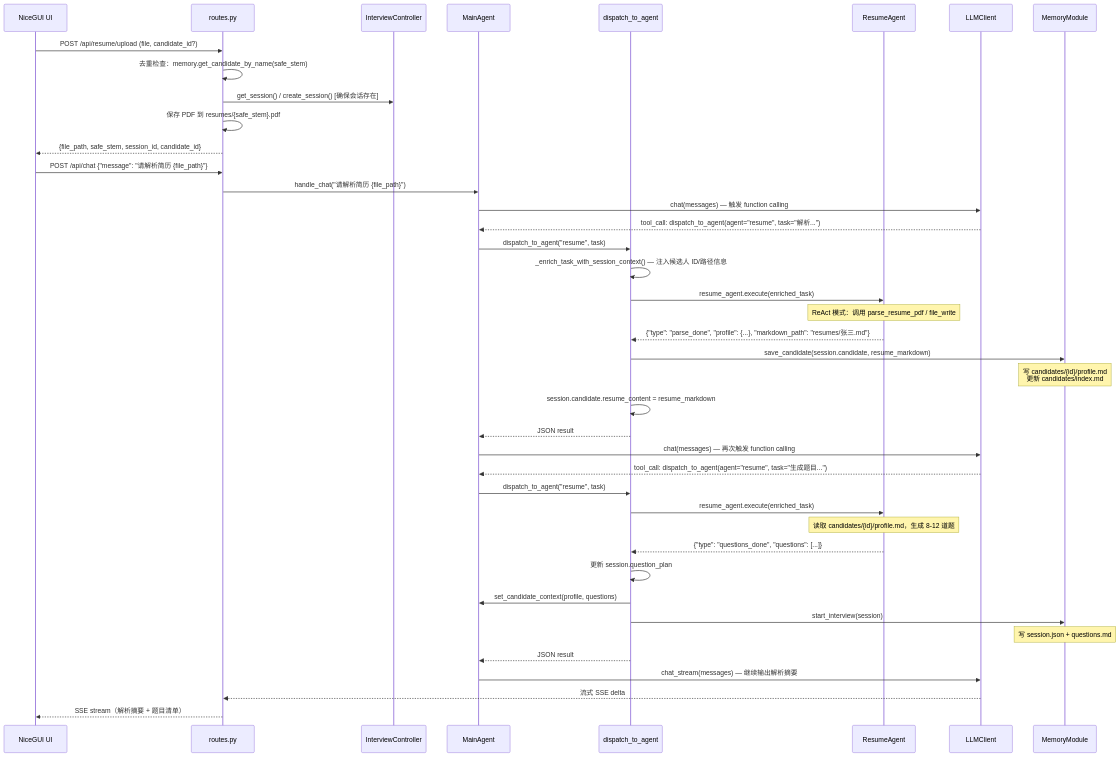
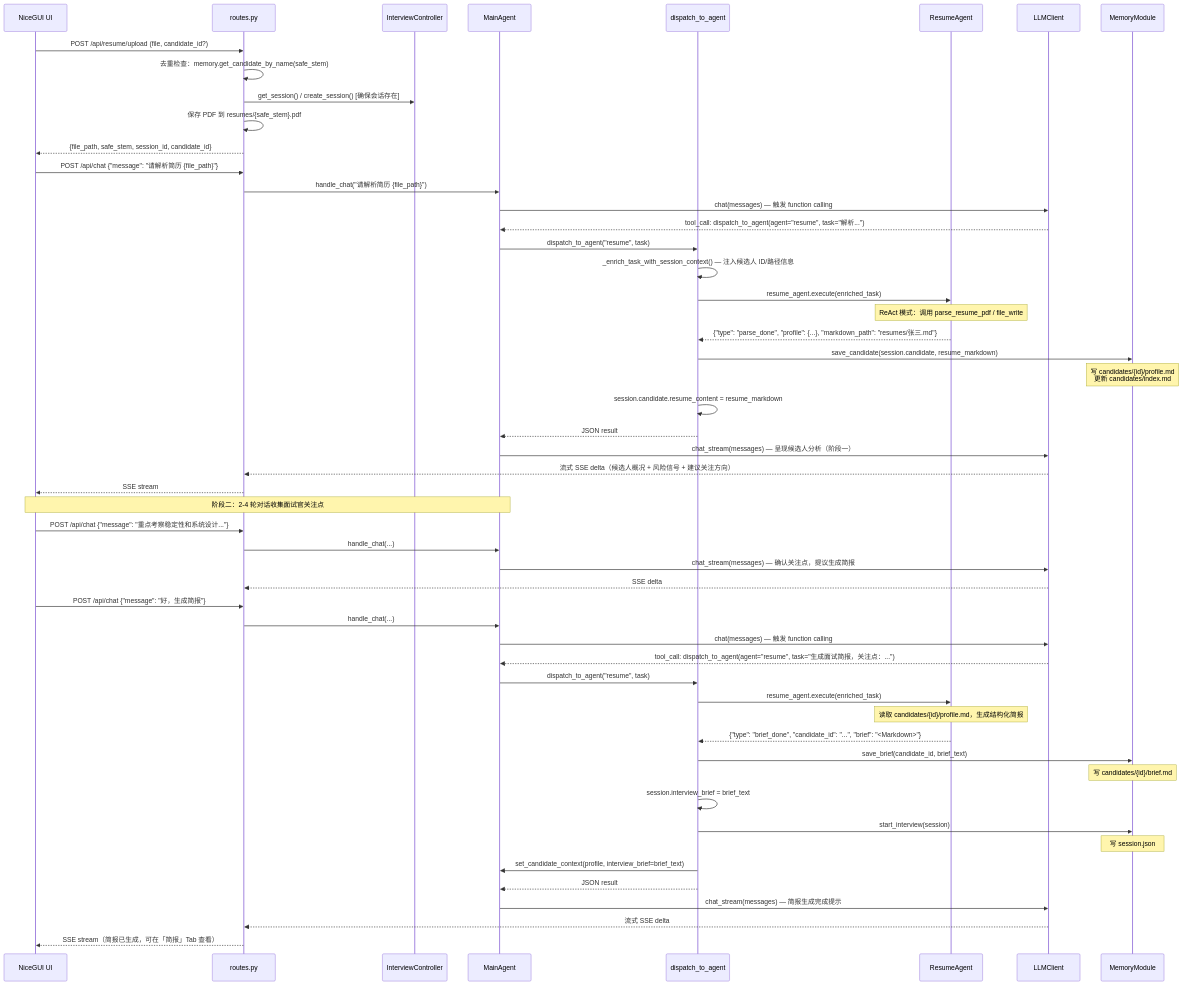
Before and after one commit to dygcjlu/interviewer-assistant: the first of 5 diagrams in docs/arc/flows.md, drawn with Mermaid. The commit also changed other lines of this file and 41 other files, not shown here.

First line of the commit message:
﻿feat(interview-brief): 用面试简报替换结构化题目清单

````diff
--- a/docs/arc/flows.md
+++ b/docs/arc/flows.md
@@ -11,47 +11,61 @@
 ```mermaid
 sequenceDiagram
     participant UI as NiceGUI UI
     participant REST as routes.py
     participant IC as InterviewController
     participant MA as MainAgent
     participant DA as dispatch_to_agent
     participant RA as ResumeAgent
     participant LLM as LLMClient
     participant MM as MemoryModule
 
     UI->>REST: POST /api/resume/upload (file, candidate_id?)
     REST->>REST: 去重检查：memory.get_candidate_by_name(safe_stem)
     REST->>IC: get_session() / create_session() [确保会话存在]
     REST->>REST: 保存 PDF 到 resumes/{safe_stem}.pdf
     REST-->>UI: {file_path, safe_stem, session_id, candidate_id}
 
     UI->>REST: POST /api/chat {"message": "请解析简历 {file_path}"}
     REST->>MA: handle_chat("请解析简历 {file_path}")
     MA->>LLM: chat(messages) — 触发 function calling
     LLM-->>MA: tool_call: dispatch_to_agent(agent="resume", task="解析...")
     MA->>DA: dispatch_to_agent("resume", task)
     DA->>DA: _enrich_task_with_session_context() — 注入候选人 ID/路径信息
     DA->>RA: resume_agent.execute(enriched_task)
     Note over RA: ReAct 模式：调用 parse_resume_pdf / file_write
     RA-->>DA: {"type": "parse_done", "profile": {...}, "markdown_path": "resumes/张三.md"}
     DA->>MM: save_candidate(session.candidate, resume_markdown)
     Note over MM: 写 candidates/{id}/profile.md<br/>更新 candidates/index.md
     DA->>DA: session.candidate.resume_content = resume_markdown
     DA-->>MA: JSON result
 
-    MA->>LLM: chat(messages) — 再次触发 function calling
-    LLM-->>MA: tool_call: dispatch_to_agent(agent="resume", task="生成题目...")
+    MA->>LLM: chat_stream(messages) — 呈现候选人分析（阶段一）
+    LLM-->>REST: 流式 SSE delta（候选人概况 + 风险信号 + 建议关注方向）
+    REST-->>UI: SSE stream
+
+    Note over MA,UI: 阶段二：2-4 轮对话收集面试官关注点
+    UI->>REST: POST /api/chat {"message": "重点考察稳定性和系统设计..."}
+    REST->>MA: handle_chat(...)
+    MA->>LLM: chat_stream(messages) — 确认关注点，提议生成简报
+    LLM-->>REST: SSE delta
+
+    UI->>REST: POST /api/chat {"message": "好，生成简报"}
+    REST->>MA: handle_chat(...)
+    MA->>LLM: chat(messages) — 触发 function calling
+    LLM-->>MA: tool_call: dispatch_to_agent(agent="resume", task="生成面试简报，关注点：...")
     MA->>DA: dispatch_to_agent("resume", task)
     DA->>RA: resume_agent.execute(enriched_task)
-    Note over RA: 读取 candidates/{id}/profile.md，生成 8-12 道题
-    RA-->>DA: {"type": "questions_done", "questions": [...]}
-    DA->>DA: 更新 session.question_plan
-    DA->>MA: set_candidate_context(profile, questions)
+    Note over RA: 读取 candidates/{id}/profile.md，生成结构化简报
+    RA-->>DA: {"type": "brief_done", "candidate_id": "...", "brief": "<Markdown>"}
+    DA->>MM: save_brief(candidate_id, brief_text)
+    Note over MM: 写 candidates/{id}/brief.md
+    DA->>DA: session.interview_brief = brief_text
     DA->>MM: start_interview(session)
-    Note over MM: 写 session.json + questions.md
+    Note over MM: 写 session.json
+    DA->>MA: set_candidate_context(profile, interview_brief=brief_text)
     DA-->>MA: JSON result
 
-    MA->>LLM: chat_stream(messages) — 继续输出解析摘要
+    MA->>LLM: chat_stream(messages) — 简报生成完成提示
     LLM-->>REST: 流式 SSE delta
-    REST-->>UI: SSE stream（解析摘要 + 题目清单）
+    REST-->>UI: SSE stream（简报已生成，可在「简报」Tab 查看）
 ```
````
